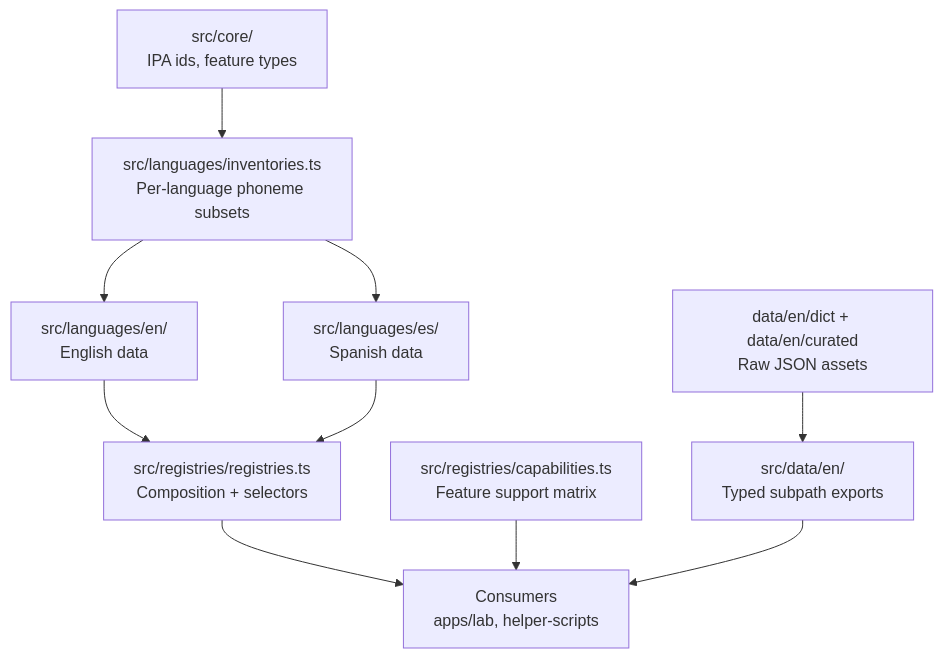
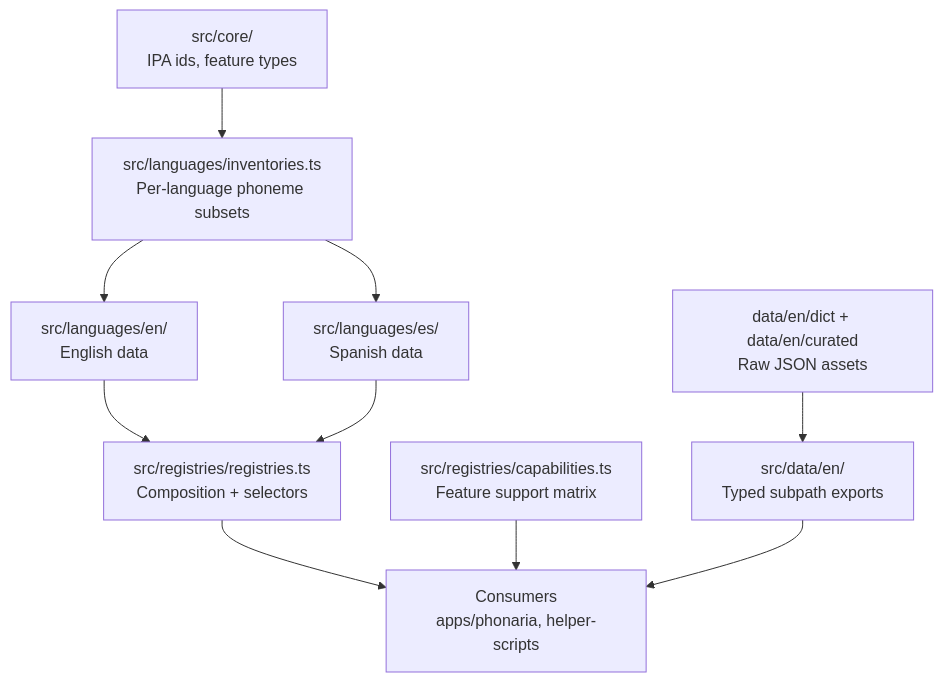
The diagram in packages/phonetics-data/README.md (rigomart/phonaria), drawn with Mermaid before and after one commit. The commit also changed other lines of this file and 337 other files, not shown here.

````diff
--- a/packages/phonetics-data/README.md
+++ b/packages/phonetics-data/README.md
@@ -40,12 +40,12 @@
 ```mermaid
 graph TD
   A["src/core/\nIPA ids, feature types"] --> B["src/languages/inventories.ts\nPer-language phoneme subsets"]
   B --> C["src/languages/en/\nEnglish data"]
   B --> D["src/languages/es/\nSpanish data"]
   C --> E["src/registries/registries.ts\nComposition + selectors"]
   D --> E
-  E --> F["Consumers\napps/lab, helper-scripts"]
+  E --> F["Consumers\napps/phonaria, helper-scripts"]
   G["src/registries/capabilities.ts\nFeature support matrix"] --> F
   H["data/en/dict + data/en/curated\nRaw JSON assets"] --> I["src/data/en/\nTyped subpath exports"]
   I --> F
 ```
````
